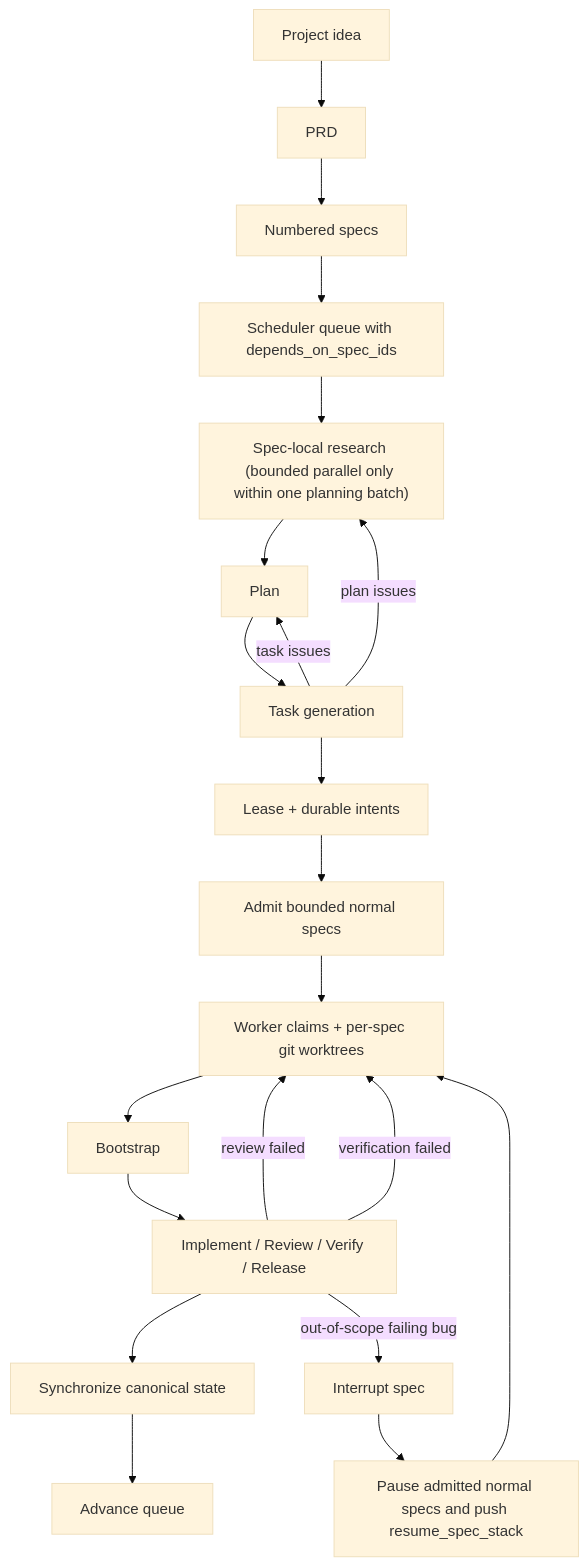
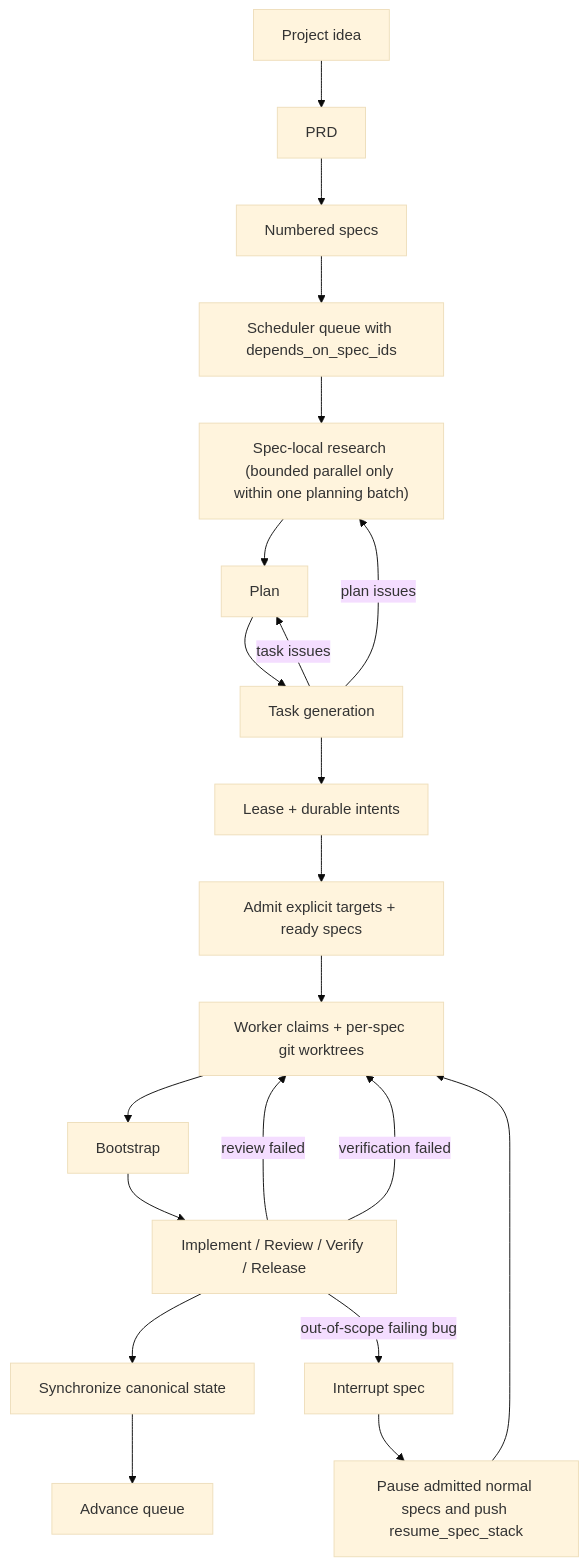
One commit to tolulawson/ralph-harness changed the diagram in README.md. Above: the diagram before and after it, drawn with Mermaid (base theme). The commit also changed other lines of this file and 75 other files, not shown here.

````diff
--- a/README.md
+++ b/README.md
@@ -152,23 +152,23 @@
 ```mermaid
 flowchart TD
     A["Project idea"] --> B["PRD"]
     B --> C["Numbered specs"]
     C --> D["Scheduler queue with depends_on_spec_ids"]
     D --> E["Spec-local research (bounded parallel only within one planning batch)"]
     E --> F["Plan"]
     F --> G["Task generation"]
     G --> H["Lease + durable intents"]
-    H --> I["Admit bounded normal specs"]
+    H --> I["Admit explicit targets + ready specs"]
     I --> J["Worker claims + per-spec git worktrees"]
     J --> K["Bootstrap"]
     K --> L["Implement / Review / Verify / Release"]
     L --> M["Synchronize canonical state"]
     M --> P["Advance queue"]
     G -- "plan issues" --> E
     G -- "task issues" --> F
     L -- "review failed" --> J
     L -- "verification failed" --> J
     L -- "out-of-scope failing bug" --> N["Interrupt spec"]
     N --> O["Pause admitted normal specs and push resume_spec_stack"]
     O --> J
 ```
````
